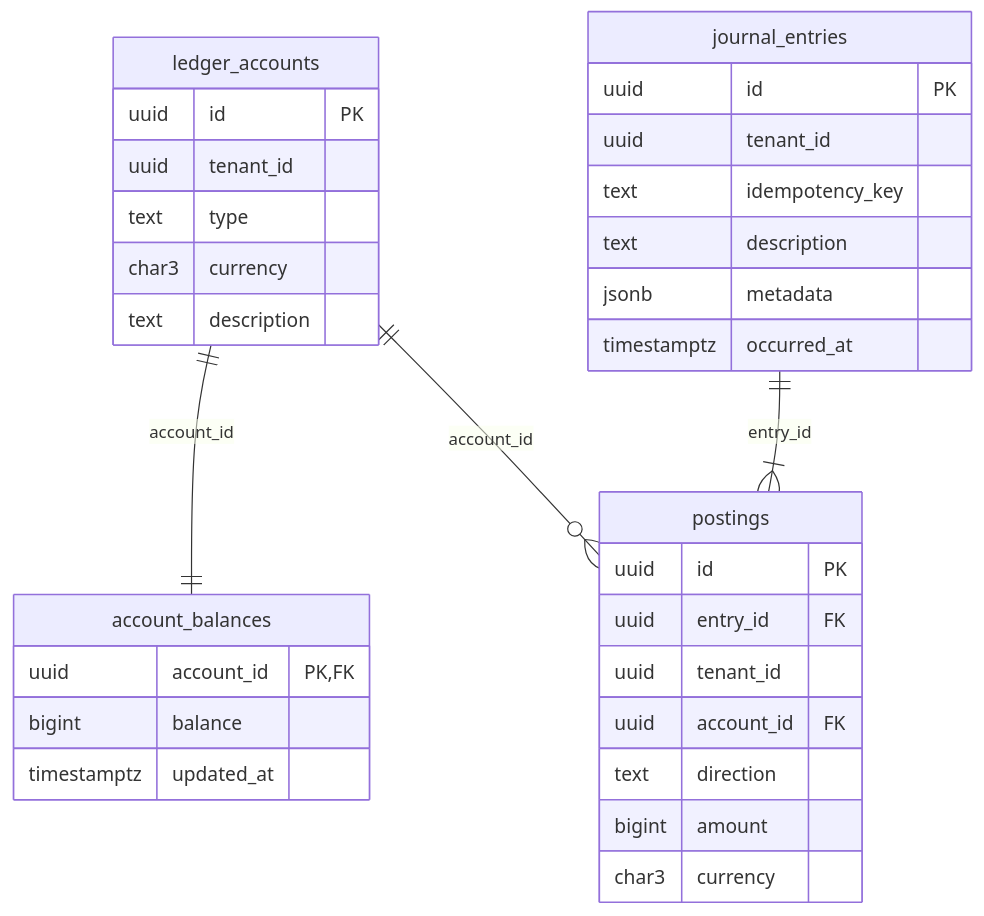
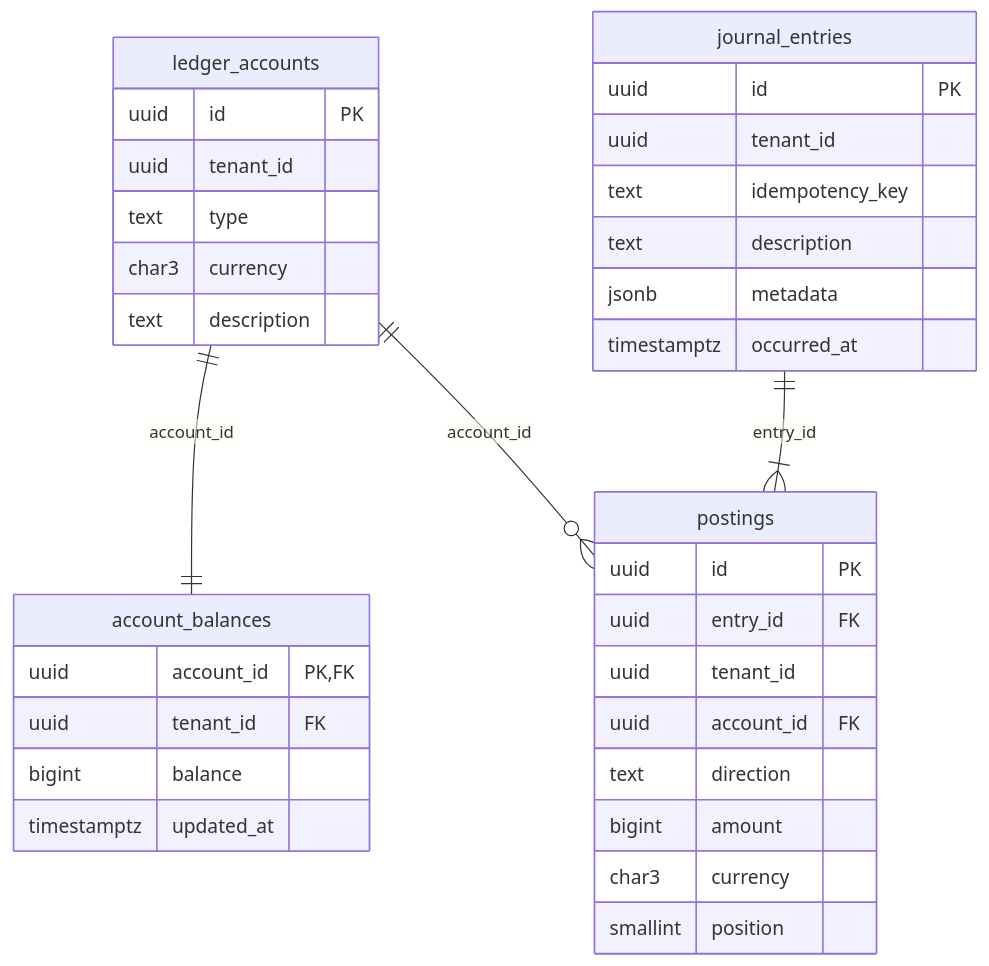
One commit to juantevez/cobros-platform changed the second of 2 diagrams in docs/technical/LEDGER.md. Above: the diagram before and after it, drawn with Mermaid. The commit also changed other lines of this file, not shown here.

````diff
--- a/docs/technical/LEDGER.md
+++ b/docs/technical/LEDGER.md
@@ -269,28 +273,30 @@
 ```mermaid
 erDiagram
     ledger_accounts ||--|| account_balances : "account_id"
     journal_entries ||--|{ postings : "entry_id"
     ledger_accounts ||--o{ postings : "account_id"
 
     ledger_accounts { uuid id PK
                       uuid tenant_id
                       text type
                       char3 currency
                       text description }
     account_balances { uuid account_id PK,FK
+                       uuid tenant_id FK
                        bigint balance
                        timestamptz updated_at }
     journal_entries { uuid id PK
                       uuid tenant_id
                       text idempotency_key
                       text description
                       jsonb metadata
                       timestamptz occurred_at }
     postings { uuid id PK
                uuid entry_id FK
                uuid tenant_id
                uuid account_id FK
                text direction
                bigint amount
-               char3 currency }
+               char3 currency
+               smallint position }
 ```
````
